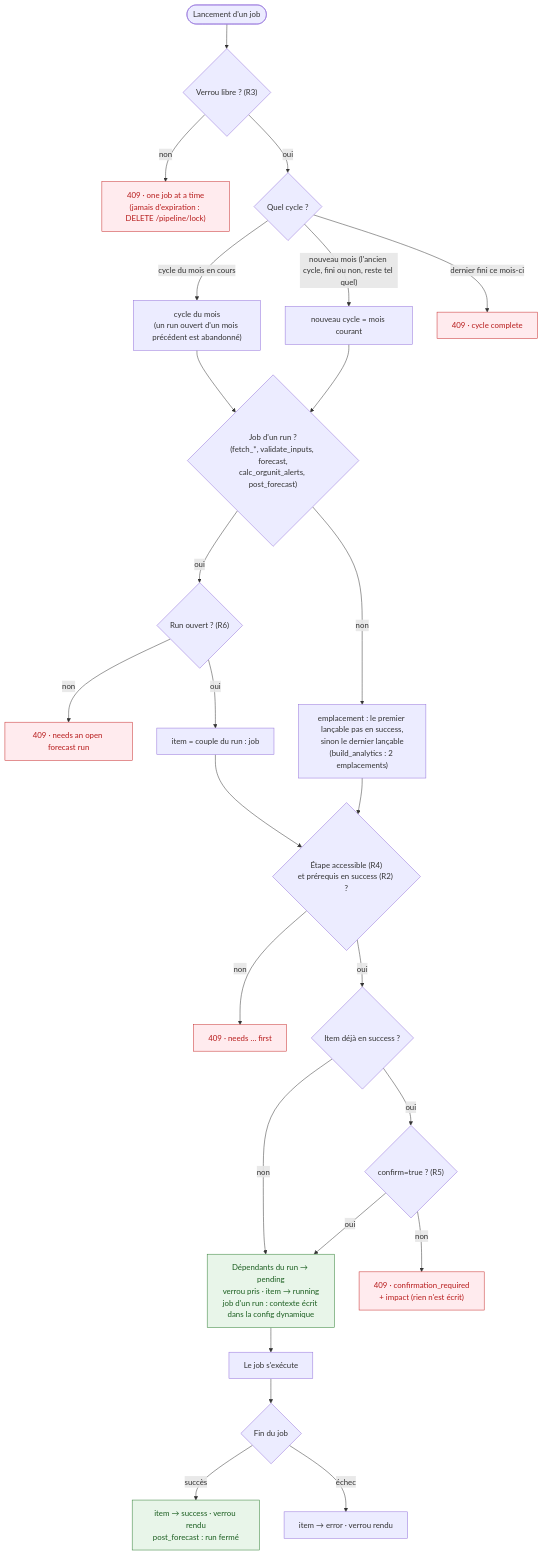
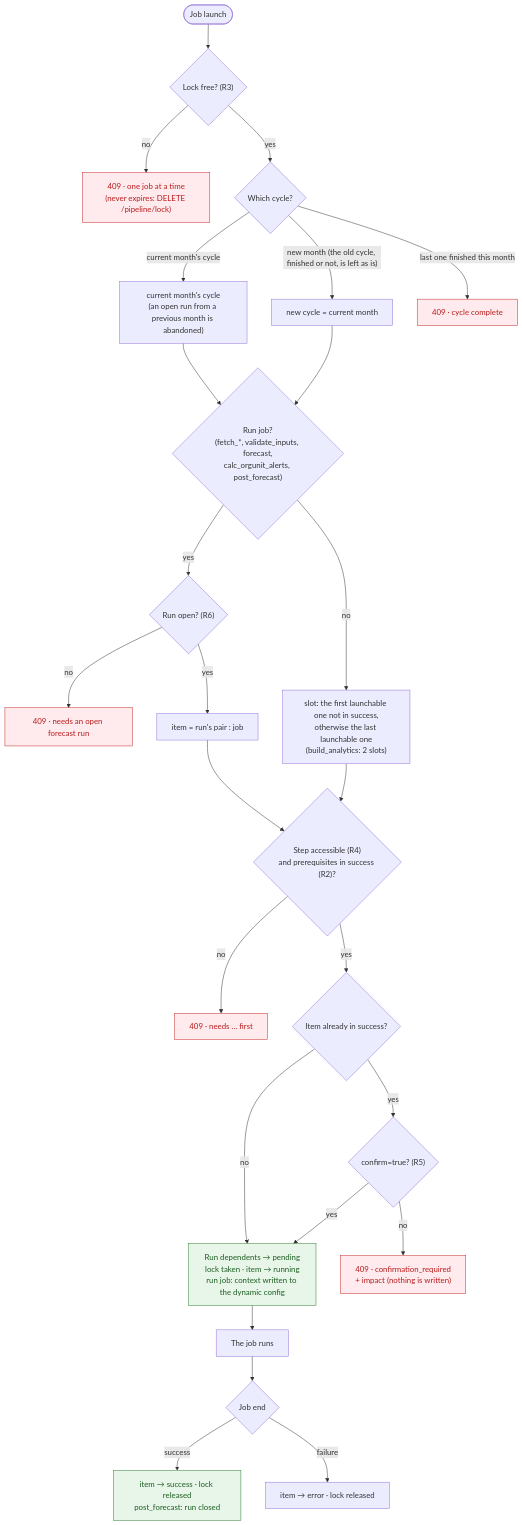
Before and after one commit to Pivot-Madagascar/pridec-docker: the third of 8 diagrams in etlhub/docs/pipeline-checkpoints-diagrams.md, drawn with Mermaid. The commit also changed other lines of this file and 4 other files, not shown here.

````diff
--- a/etlhub/docs/pipeline-checkpoints-diagrams.md
+++ b/etlhub/docs/pipeline-checkpoints-diagrams.md
@@ -195,35 +197,35 @@
 ```mermaid
 flowchart TD
-    A(["Lancement d'un job"]) --> L{"Verrou libre ? (R3)"}
-    L -- non --> E1["409 · one job at a time<br/>(jamais d'expiration : DELETE /pipeline/lock)"]
-    L -- oui --> C{"Quel cycle ?"}
-    C -- "cycle du mois en cours" --> C1["cycle du mois<br/>(un run ouvert d'un mois précédent est abandonné)"]
-    C -- "nouveau mois (l'ancien cycle, fini ou non, reste tel quel)" --> C2["nouveau cycle = mois courant"]
-    C -- "dernier fini ce mois-ci" --> E2["409 · cycle complete"]
+    A(["Job launch"]) --> L{"Lock free? (R3)"}
+    L -- no --> E1["409 · one job at a time<br/>(never expires: DELETE /pipeline/lock)"]
+    L -- yes --> C{"Which cycle?"}
+    C -- "current month's cycle" --> C1["current month's cycle<br/>(an open run from a previous month is abandoned)"]
+    C -- "new month (the old cycle, finished or not, is left as is)" --> C2["new cycle = current month"]
+    C -- "last one finished this month" --> E2["409 · cycle complete"]
     C1 --> T
     C2 --> T
-    T{"Job d'un run ?<br/>(fetch_*, validate_inputs, forecast,<br/>calc_orgunit_alerts, post_forecast)"}
-    T -- oui --> R{"Run ouvert ? (R6)"}
-    R -- non --> E3["409 · needs an open forecast run"]
-    R -- oui --> RI["item = couple du run : job"]
-    T -- non --> SL["emplacement : le premier lançable pas en success,<br/>sinon le dernier lançable<br/>(build_analytics : 2 emplacements)"]
+    T{"Run job?<br/>(fetch_*, validate_inputs, forecast,<br/>calc_orgunit_alerts, post_forecast)"}
+    T -- yes --> R{"Run open? (R6)"}
+    R -- no --> E3["409 · needs an open forecast run"]
+    R -- yes --> RI["item = run's pair : job"]
+    T -- no --> SL["slot: the first launchable one not in success,<br/>otherwise the last launchable one<br/>(build_analytics: 2 slots)"]
     RI --> P
     SL --> P
-    P{"Étape accessible (R4)<br/>et prérequis en success (R2) ?"}
-    P -- non --> E4["409 · needs … first"]
-    P -- oui --> S{"Item déjà en success ?"}
-    S -- non --> OK
-    S -- oui --> CF{"confirm=true ? (R5)"}
-    CF -- non --> E5["409 · confirmation_required<br/>+ impact (rien n'est écrit)"]
-    CF -- oui --> OK
-    OK["Dépendants du run → pending<br/>verrou pris · item → running<br/>job d'un run : contexte écrit dans la config dynamique"]
-    OK --> J["Le job s'exécute"]
-    J --> FIN{"Fin du job"}
-    FIN -- succès --> SUC["item → success · verrou rendu<br/>post_forecast : run fermé"]
-    FIN -- échec --> ERR["item → error · verrou rendu"]
+    P{"Step accessible (R4)<br/>and prerequisites in success (R2)?"}
+    P -- no --> E4["409 · needs … first"]
+    P -- yes --> S{"Item already in success?"}
+    S -- no --> OK
+    S -- yes --> CF{"confirm=true? (R5)"}
+    CF -- no --> E5["409 · confirmation_required<br/>+ impact (nothing is written)"]
+    CF -- yes --> OK
+    OK["Run dependents → pending<br/>lock taken · item → running<br/>run job: context written to the dynamic config"]
+    OK --> J["The job runs"]
+    J --> FIN{"Job end"}
+    FIN -- success --> SUC["item → success · lock released<br/>post_forecast: run closed"]
+    FIN -- failure --> ERR["item → error · lock released"]
 
     classDef refuse fill:#ffebee,stroke:#c62828,color:#b71c1c
     classDef accept fill:#e8f5e9,stroke:#2e7d32,color:#1b5e20
     class E1,E2,E3,E4,E5 refuse
     class OK,SUC accept
 ```
````
